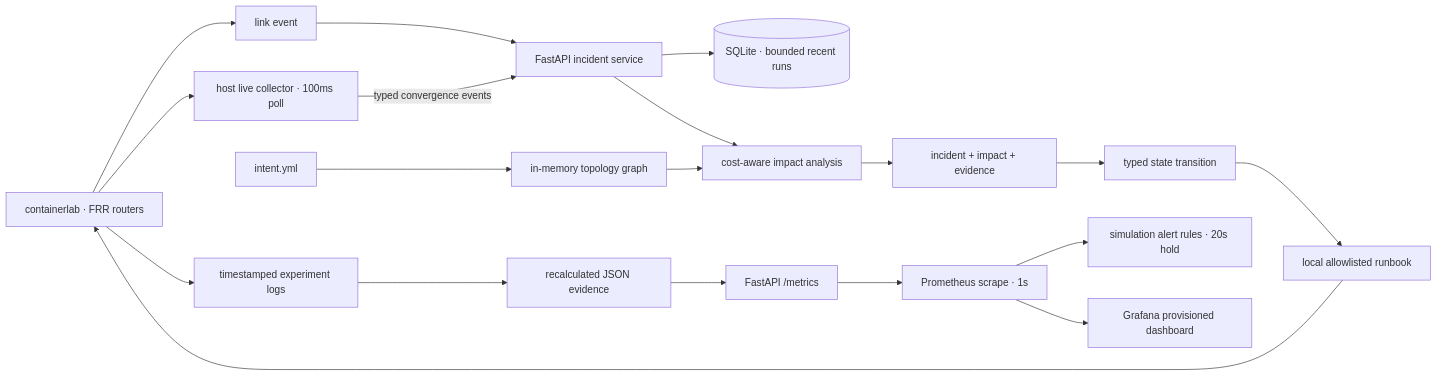
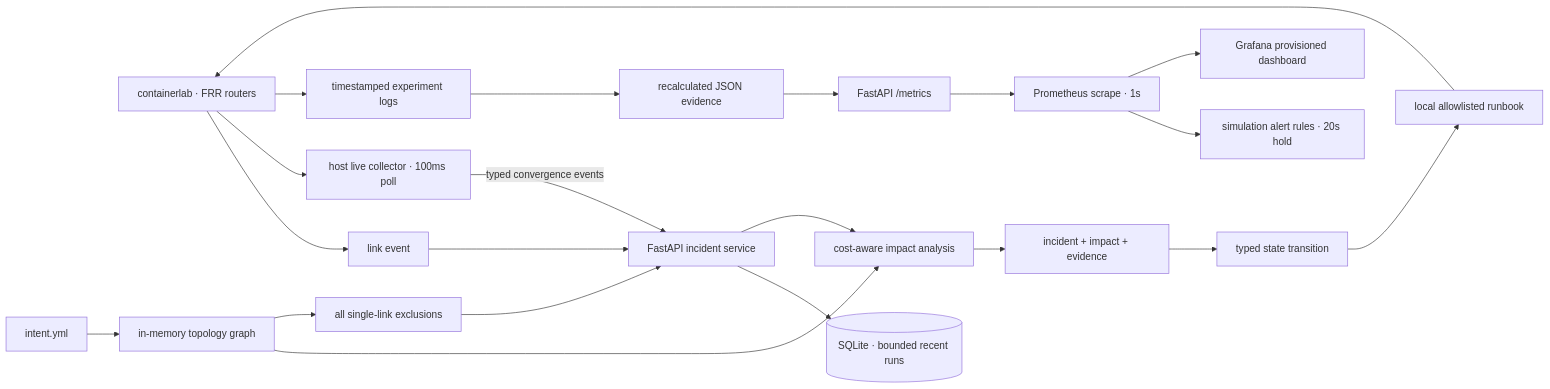
One commit to teriyakki-jin/telconet-sentinel changed the first of 2 diagrams in docs/ARCHITECTURE.md. Above: the diagram before and after it, drawn with Mermaid. The commit also changed other lines of this file and 12 other files, not shown here.

````diff
--- a/docs/ARCHITECTURE.md
+++ b/docs/ARCHITECTURE.md
@@ -7,21 +7,23 @@
 ```mermaid
 flowchart LR
     CLAB["containerlab · FRR routers"] --> EVENT["link event"]
     EVENT --> API["FastAPI incident service"]
     CLAB --> COLLECTOR["host live collector · 100ms poll"]
     COLLECTOR -->|"typed convergence events"| API
     API --> STORE[("SQLite · bounded recent runs")]
     INTENT["intent.yml"] --> GRAPH["in-memory topology graph"]
     GRAPH --> IMPACT["cost-aware impact analysis"]
+    GRAPH --> N1["all single-link exclusions"]
+    N1 --> API
     API --> IMPACT
     IMPACT --> INCIDENT["incident + impact + evidence"]
     INCIDENT --> APPROVAL["typed state transition"]
     APPROVAL --> RUNBOOK["local allowlisted runbook"]
     RUNBOOK --> CLAB
     CLAB --> RAW["timestamped experiment logs"]
     RAW --> EVIDENCE["recalculated JSON evidence"]
     EVIDENCE --> METRICS["FastAPI /metrics"]
     METRICS --> PROM["Prometheus scrape · 1s"]
     PROM --> RULES["simulation alert rules · 20s hold"]
     PROM --> GRAFANA["Grafana provisioned dashboard"]
 ```
````
